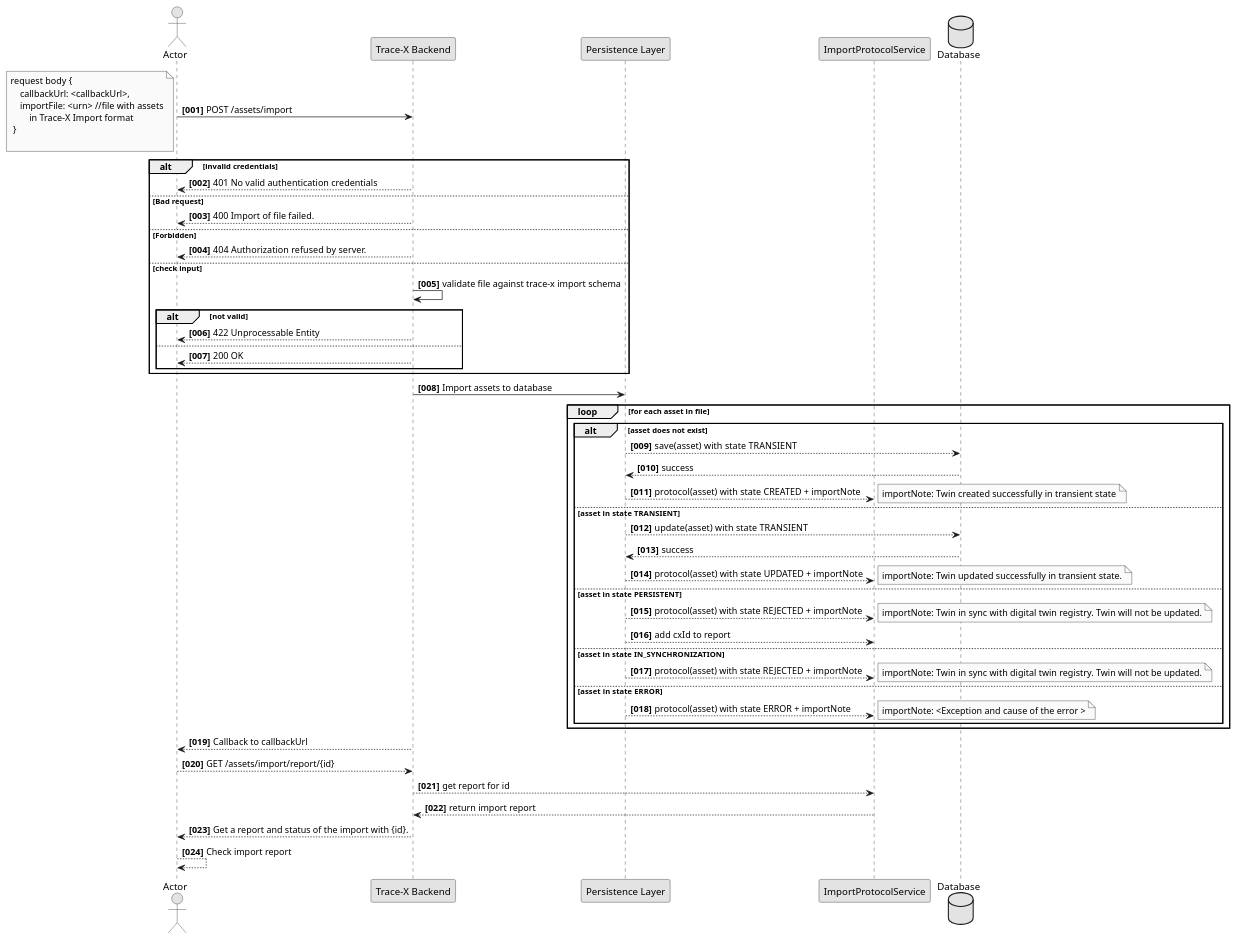
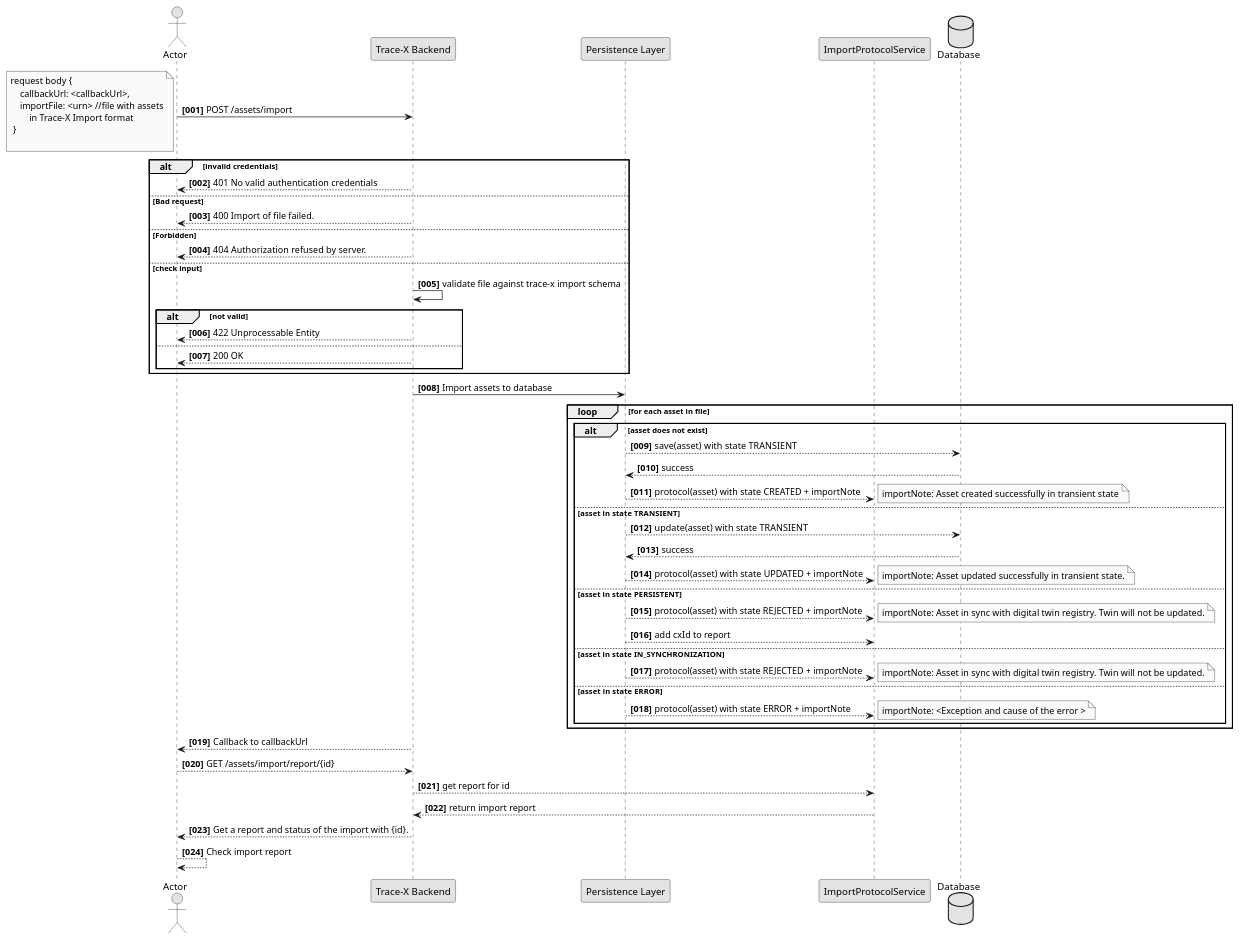
The diagram in docs/src/docs/concepts/[TRACEFOSS-1019]-data-import-interface/data-import-interface-squence.puml (eclipse-tractusx/traceability-foss), drawn with PlantUML before and after one commit. The commit also changed 3 other files, not shown here.

Commit message:
chore(diagram):[TRACEFOSS-1019] update diagrams rename twin in assets

```diff
--- a/docs/src/docs/concepts/[TRACEFOSS-1019]-data-import-interface/data-import-interface-squence.puml
+++ b/docs/src/docs/concepts/[TRACEFOSS-1019]-data-import-interface/data-import-interface-squence.puml
@@ -1,86 +1,86 @@
 @startuml
 skinparam monochrome true
 skinparam shadowing false
 skinparam defaultFontName "Architects daughter"
 
 autonumber "<b>[000]"
 
 actor Actor
 participant "Trace-X Backend" as Backend
 participant "Persistence Layer" as Persistence
 participant "ImportProtocolService" as ImportProtocolService
 database "Database" as Database
 Actor -> Backend : POST /assets/import
 note left
     request body {
         callbackUrl: <callbackUrl>,
         importFile: <urn> //file with assets
             in Trace-X Import format
      }
 
 end note
 
 alt invalid credentials
     Actor <-- Backend : 401 No valid authentication credentials
 else  Bad request
     Actor <-- Backend : 400 Import of file failed.
 else  Forbidden
     Actor <-- Backend : 404 Authorization refused by server.
 else  check input
     Backend -> Backend : validate file against trace-x import schema
     alt not valid
         Actor <-- Backend : 422 Unprocessable Entity
     else
         Actor <-- Backend : 200 OK
     end alt
 end alt
 
 Backend -> Persistence : Import assets to database
 
     loop for each asset in file
 
         alt asset does not exist
             Persistence --> Database : save(asset) with  state TRANSIENT
             Persistence <-- Database : success
             Persistence --> ImportProtocolService : protocol(asset) with state CREATED + importNote
             note right
-                importNote: Twin created successfully in transient state
+                importNote: Asset created successfully in transient state
             end note
         else asset in  state TRANSIENT
             note right
                 (local asset)
             end note
             Persistence --> Database : update(asset) with  state TRANSIENT
             Persistence <-- Database : success
             Persistence --> ImportProtocolService : protocol(asset) with state UPDATED + importNote
             note right
-                importNote: Twin updated successfully in transient state.
+                importNote: Asset updated successfully in transient state.
             end note
         else asset in  state PERSISTENT
             Persistence --> ImportProtocolService : protocol(asset) with state REJECTED + importNote
             note right
-                 importNote: Twin in sync with digital twin registry. Twin will not be updated.
+                 importNote: Asset in sync with digital twin registry. Twin will not be updated.
             end note
             Persistence --> ImportProtocolService : add cxId to report
         else asset in  state IN_SYNCHRONIZATION
               Persistence --> ImportProtocolService : protocol(asset) with state REJECTED + importNote
                note right
-                  importNote: Twin in sync with digital twin registry. Twin will not be updated.
+                  importNote: Asset in sync with digital twin registry. Twin will not be updated.
               end note
         else asset in  state ERROR
              Persistence --> ImportProtocolService : protocol(asset) with state ERROR + importNote
              note right
                   importNote: <Exception and cause of the error >
               end note
         end alt
 end loop
 
 
 Actor <-- Backend : Callback to callbackUrl
 Actor --> Backend : GET /assets/import/report/{id}
 Backend --> ImportProtocolService : get report for id
 Backend <-- ImportProtocolService : return import report
 Actor <-- Backend : Get a report and status of the import with {id}.
 Actor --> Actor : Check import report
 
 @enduml
```
